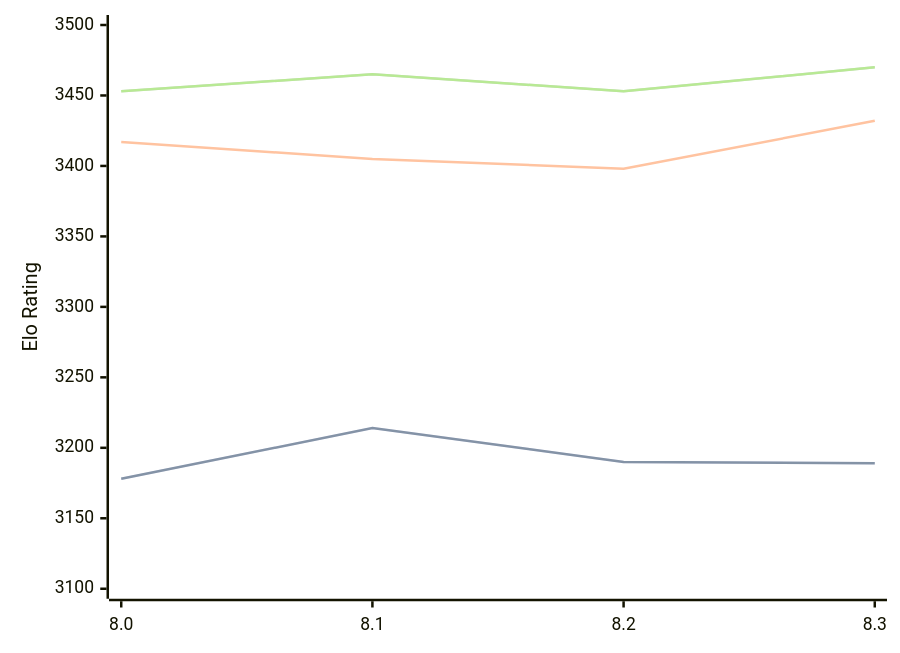
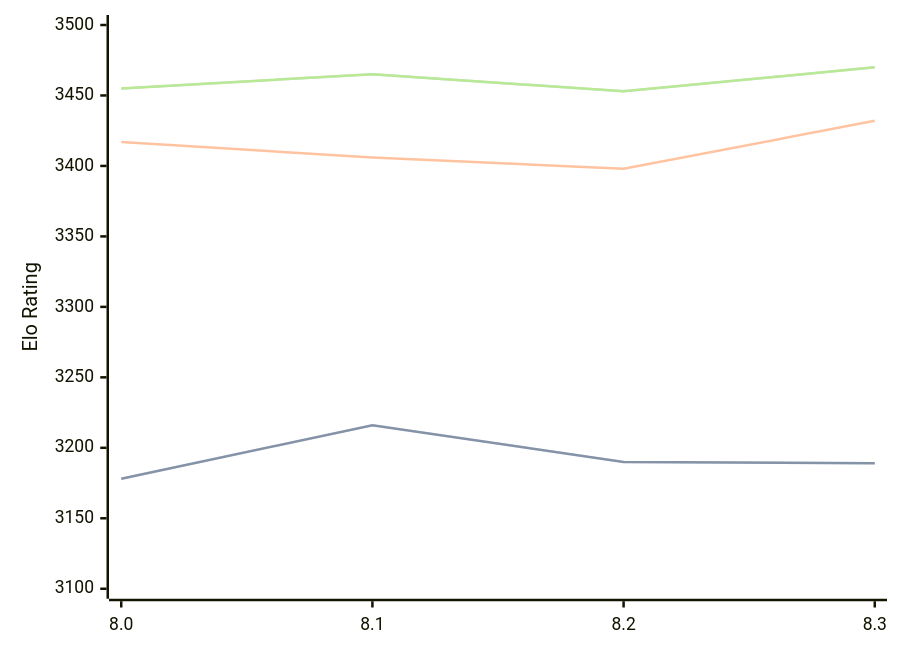
Before and after one commit to computer-chess-index/cci: the diagram in engines/Alexander.md, drawn with Mermaid. The commit also changed other lines of this file, not shown here.

Commit message:
Update CCI Ratings (ELO VLTC) - 2026-04-19

````diff
--- a/engines/Alexander.md
+++ b/engines/Alexander.md
@@ -48,11 +48,11 @@
 ```mermaid
 %%{init: {"theme":"base","themeVariables":{"seriesColors:['#a3a3a3','#222221','#faa371']}}}%%
 xychart-beta
   x-axis ["8.0", "8.1", "8.2", "8.3"]
   y-axis "Elo Rating" 3100 --> 3500
-  line "STC (8.0+0.08s)" [3178, 3214, 3190, 3189]
-  line "STC (8.0+0.08s)" [3178, 3214, 3190, 3189]
-  line "LTC (60.0+0.60s)" [3417, 3405, 3398, 3432]
-  line "VLTC (2m24s+1.12s)" [3453, 3465, 3453, 3470]
-  line "VLTC (2m24s+1.12s)" [3453, 3465, 3453, 3470]
+  line "STC (8.0+0.08s)" [3178, 3216, 3190, 3189]
+  line "STC (8.0+0.08s)" [3178, 3216, 3190, 3189]
+  line "LTC (60.0+0.60s)" [3417, 3406, 3398, 3432]
+  line "VLTC (2m24s+1.12s)" [3455, 3465, 3453, 3470]
+  line "VLTC (2m24s+1.12s)" [3455, 3465, 3453, 3470]
 ```
````
